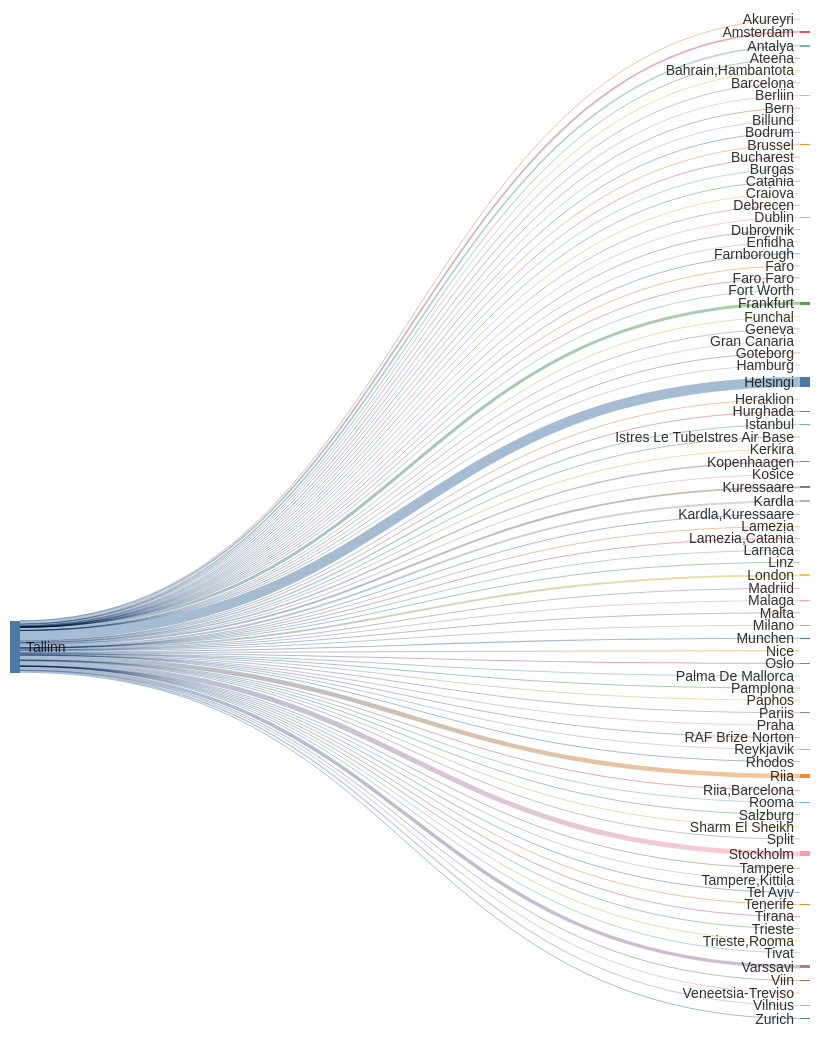
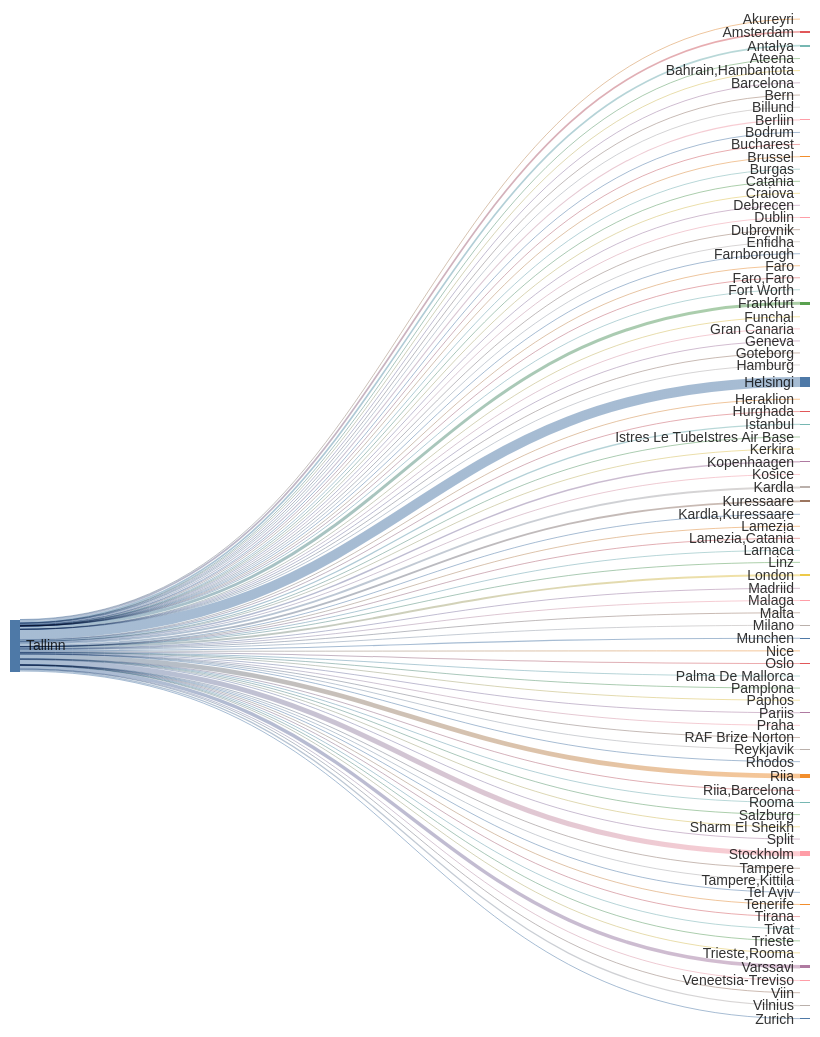
The second of 2 diagrams in README.md (rainermesi/tll-airport-departures), drawn with Mermaid before and after one commit. The commit also changed other lines of this file and 1 other file, not shown here.

````diff
--- a/README.md
+++ b/README.md
@@ -42,11 +42,11 @@
 sankey-beta
 %% source,target,value
 Tallinn,Akureyri,1
-Tallinn,Amsterdam,591
-Tallinn,Antalya,573
+Tallinn,Amsterdam,593
+Tallinn,Antalya,575
 Tallinn,Ateena,16
 Tallinn,"Bahrain,Hambantota",1
-Tallinn,Barcelona,165
+Tallinn,Barcelona,167
 Tallinn,Berliin,368
 Tallinn,Bern,1
 Tallinn,Billund,87
@@ -64,36 +64,36 @@
 Tallinn,Faro,4
 Tallinn,"Faro,Faro",1
 Tallinn,Fort Worth,1
-Tallinn,Frankfurt,1029
+Tallinn,Frankfurt,1031
 Tallinn,Funchal,9
 Tallinn,Geneva,13
 Tallinn,Gran Canaria,38
 Tallinn,Goteborg,2
 Tallinn,Hamburg,2
-Tallinn,Helsingi,3450
+Tallinn,Helsingi,3458
 Tallinn,Heraklion,139
-Tallinn,Hurghada,77
-Tallinn,Istanbul,447
+Tallinn,Hurghada,78
+Tallinn,Istanbul,448
 Tallinn,Istres Le TubeIstres Air Base,2
 Tallinn,Kerkira,4
-Tallinn,Kopenhaagen,505
+Tallinn,Kopenhaagen,507
 Tallinn,Kosice,1
-Tallinn,Kuressaare,654
-Tallinn,Kardla,656
+Tallinn,Kuressaare,655
+Tallinn,Kardla,657
 Tallinn,"Kardla,Kuressaare",1
 Tallinn,Lamezia,6
 Tallinn,"Lamezia,Catania",3
 Tallinn,Larnaca,9
 Tallinn,Linz,2
-Tallinn,London,667
+Tallinn,London,668
 Tallinn,Madriid,5
-Tallinn,Malaga,142
-Tallinn,Malta,36
+Tallinn,Malaga,143
+Tallinn,Malta,37
 Tallinn,Milano,287
 Tallinn,Munchen,372
 Tallinn,Nice,67
 Tallinn,Oslo,346
-Tallinn,Palma De Mallorca,40
+Tallinn,Palma De Mallorca,41
 Tallinn,Pamplona,1
 Tallinn,Paphos,66
 Tallinn,Pariis,309
@@ -101,13 +101,13 @@
 Tallinn,RAF Brize Norton,1
 Tallinn,Reykjavik,20
 Tallinn,Rhodos,75
-Tallinn,Riia,1569
+Tallinn,Riia,1574
 Tallinn,"Riia,Barcelona",1
 Tallinn,Rooma,80
 Tallinn,Salzburg,14
-Tallinn,Sharm El Sheikh,121
+Tallinn,Sharm El Sheikh,122
 Tallinn,Split,68
-Tallinn,Stockholm,1730
+Tallinn,Stockholm,1733
 Tallinn,Tampere,17
 Tallinn,"Tampere,Kittila",21
 Tallinn,Tel Aviv,2
@@ -116,11 +116,11 @@
 Tallinn,Tivat,80
 Tallinn,Trieste,1
 Tallinn,"Trieste,Rooma",1
-Tallinn,Varssavi,1197
+Tallinn,Varssavi,1200
 Tallinn,Veneetsia-Treviso,67
 Tallinn,Viin,106
 Tallinn,Vilnius,439
-Tallinn,Zurich,310
+Tallinn,Zurich,311
 
 
 ```
````
